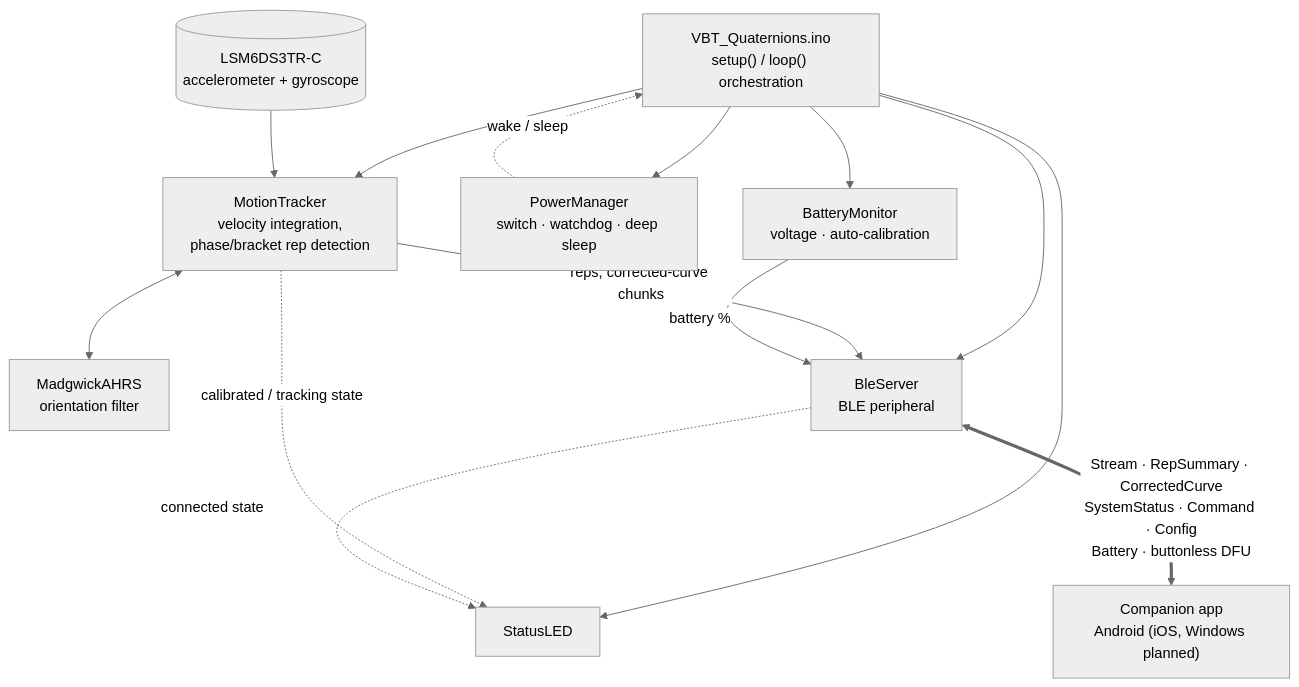
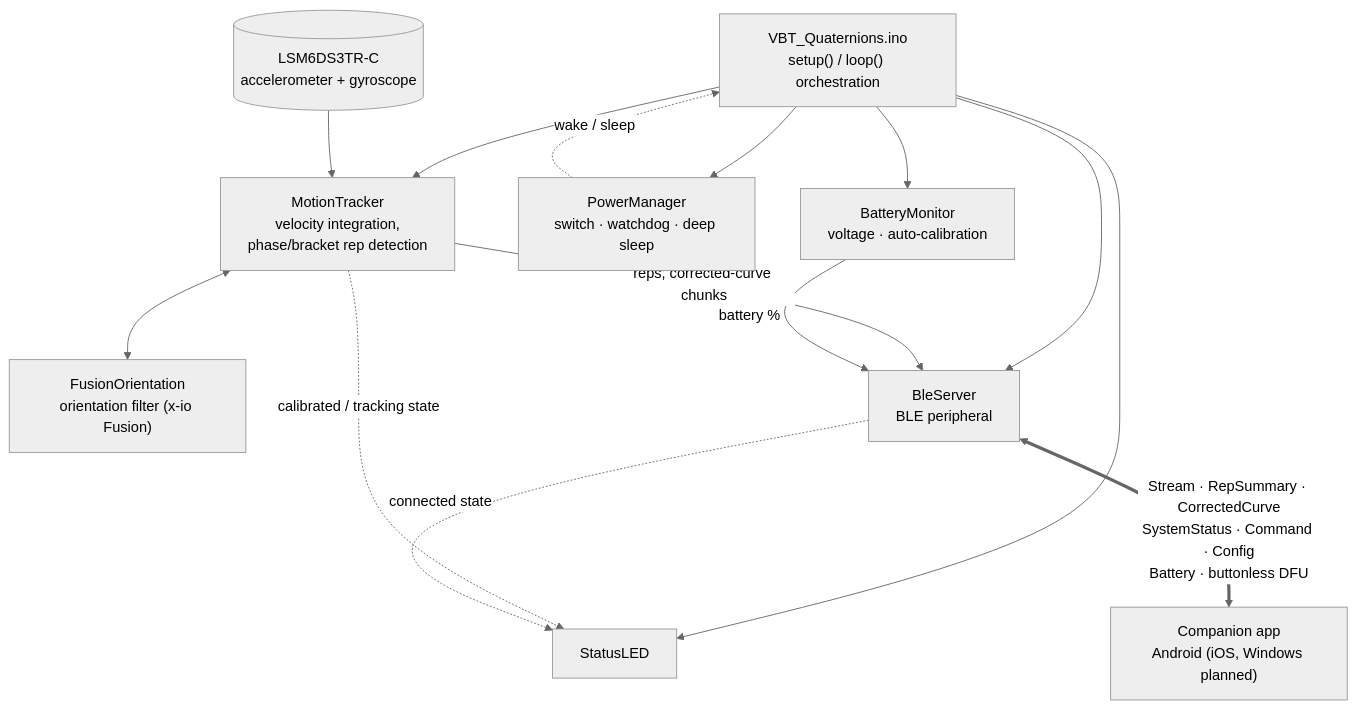
One commit to ODKI-tech/ODKI-VBT changed the diagram in Firmware/DOCUMENTATION.md. Above: the diagram before and after it, drawn with Mermaid (neutral theme). The commit also changed other lines of this file and 30 other files, not shown here.

````diff
--- a/Firmware/DOCUMENTATION.md
+++ b/Firmware/DOCUMENTATION.md
@@ -33,29 +32,29 @@
 ```mermaid
 flowchart TB
     ORCH["VBT_Quaternions.ino<br/>setup() / loop() orchestration"]
 
     IMU[("LSM6DS3TR-C<br/>accelerometer + gyroscope")]
-    MADG["MadgwickAHRS<br/>orientation filter"]
+    AHRS["FusionOrientation<br/>orientation filter (x-io Fusion)"]
     MT["MotionTracker<br/>velocity integration,<br/>phase/bracket rep detection"]
     PM["PowerManager<br/>switch · watchdog · deep sleep"]
     BATT["BatteryMonitor<br/>voltage · auto-calibration"]
     LED["StatusLED"]
     BLE["BleServer<br/>BLE peripheral"]
 
     ORCH --> PM
     ORCH --> BATT
     ORCH --> MT
     ORCH --> LED
     ORCH --> BLE
 
     IMU --> MT
-    MT <--> MADG
+    MT <--> AHRS
 
     MT -- "reps, corrected-curve chunks" --> BLE
     BATT -- "battery %" --> BLE
     PM -. "wake / sleep" .-> ORCH
     MT -. "calibrated / tracking state" .-> LED
     BLE -. "connected state" .-> LED
 
     BLE <==>|"Stream · RepSummary · CorrectedCurve<br/>SystemStatus · Command · Config<br/>Battery · buttonless DFU"| APP["Companion app<br/>Android (iOS, Windows planned)"]
 ```
````
